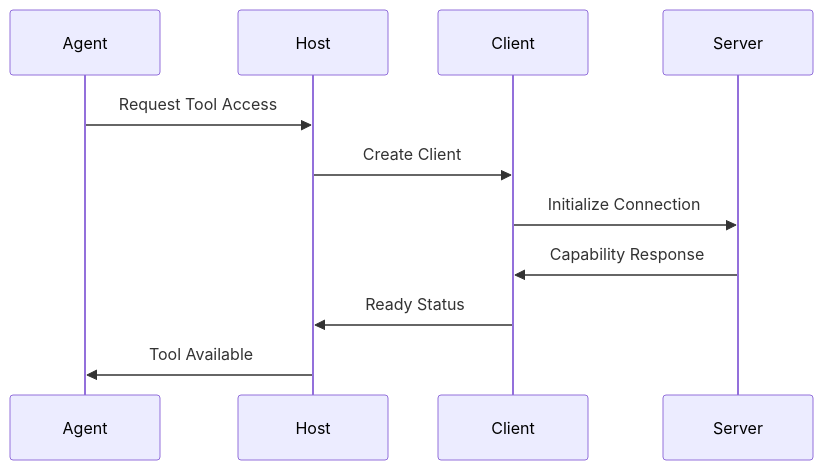
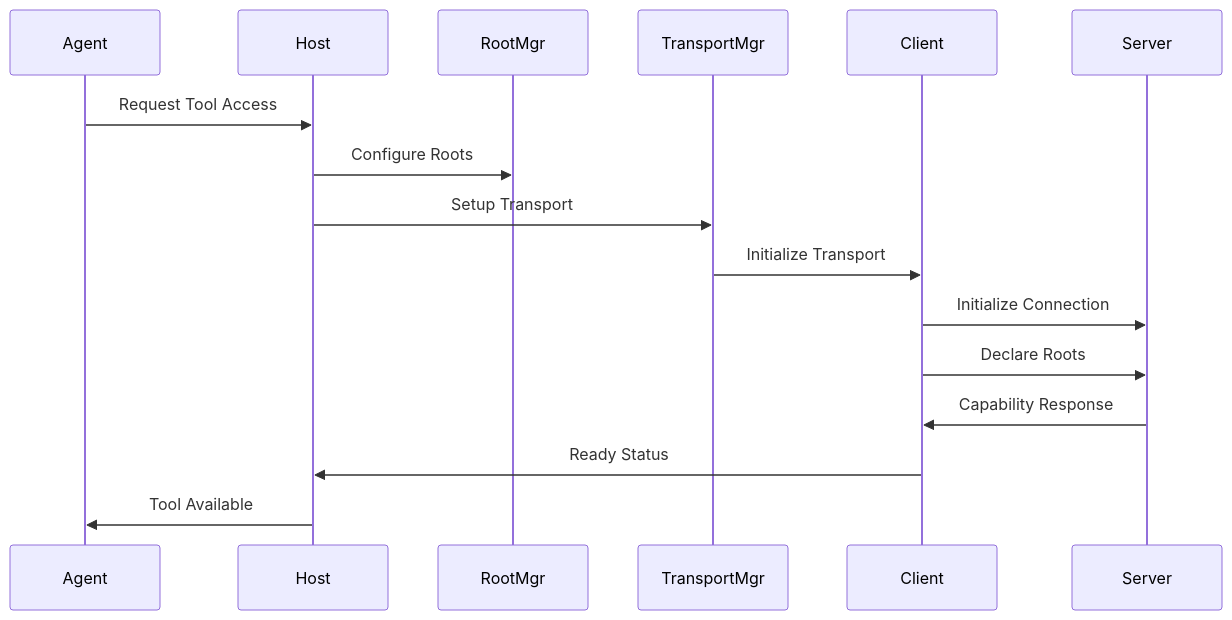
The second of 3 diagrams in docs/mcp_architecture.md (Aurite-ai/aurite-agents), drawn with Mermaid before and after one commit. The commit also changed other lines of this file and 12 other files, not shown here.

````diff
--- a/docs/mcp_architecture.md
+++ b/docs/mcp_architecture.md
@@ -71,14 +115,19 @@
 ```mermaid
 sequenceDiagram
     participant Agent
     participant Host
+    participant RootMgr
+    participant TransportMgr
     participant Client
     participant Server
 
     Agent->>Host: Request Tool Access
-    Host->>Client: Create Client
+    Host->>RootMgr: Configure Roots
+    Host->>TransportMgr: Setup Transport
+    TransportMgr->>Client: Initialize Transport
     Client->>Server: Initialize Connection
+    Client->>Server: Declare Roots
     Server->>Client: Capability Response
     Client->>Host: Ready Status
     Host->>Agent: Tool Available
 ```
````
